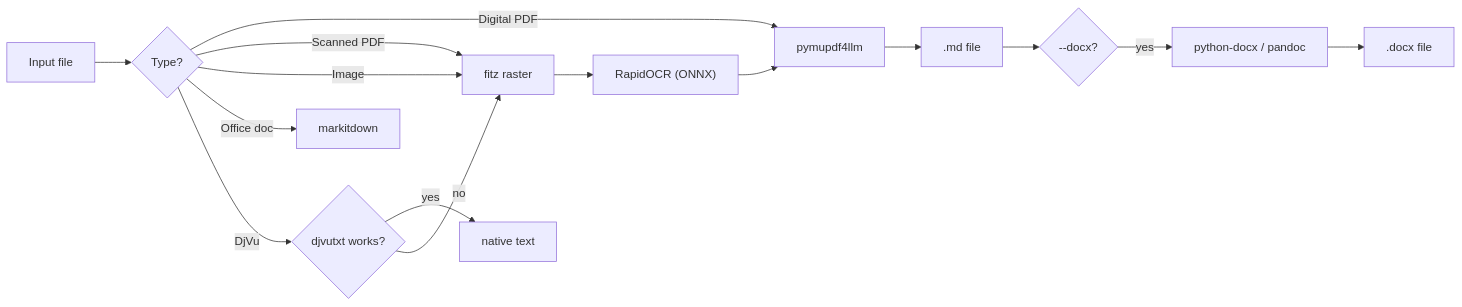
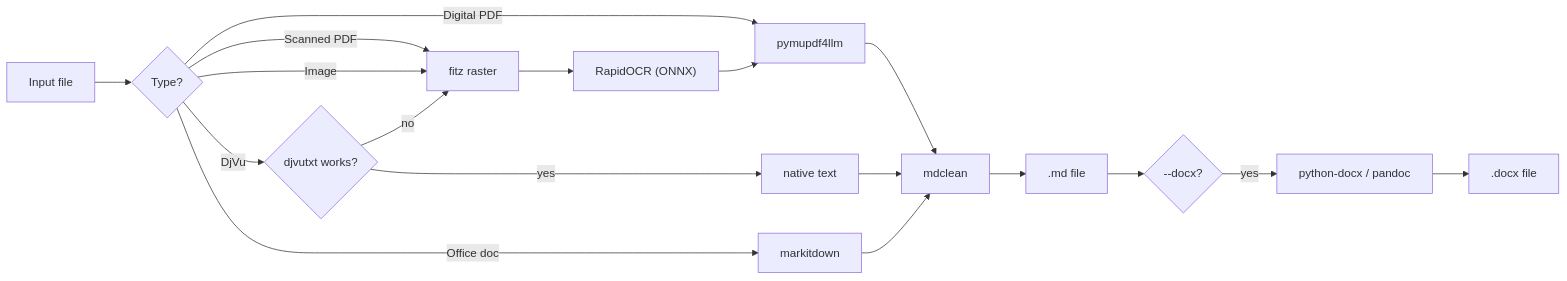
The diagram in README.md (kirijin/mark-dawn), drawn with Mermaid before and after one commit. The commit also changed other lines of this file and 17 other files, not shown here.

````diff
--- a/README.md
+++ b/README.md
@@ -72,17 +72,20 @@
 ```mermaid
 graph LR
     A[Input file] --> B{Type?}
     B -->|Digital PDF| C[pymupdf4llm]
     B -->|Scanned PDF| D[fitz raster]
     B -->|Image| D
     B -->|Office doc| E[markitdown]
     B -->|DjVu| F{djvutxt works?}
     F -->|yes| G[native text]
     F -->|no| D
     D --> H["RapidOCR (ONNX)"]
     H --> C
-    C --> I[.md file]
+    C --> M[mdclean]
+    G --> M
+    E --> M
+    M --> I[.md file]
     I --> J{--docx?}
     J -->|yes| K[python-docx / pandoc]
     K --> L[.docx file]
 ```
````
